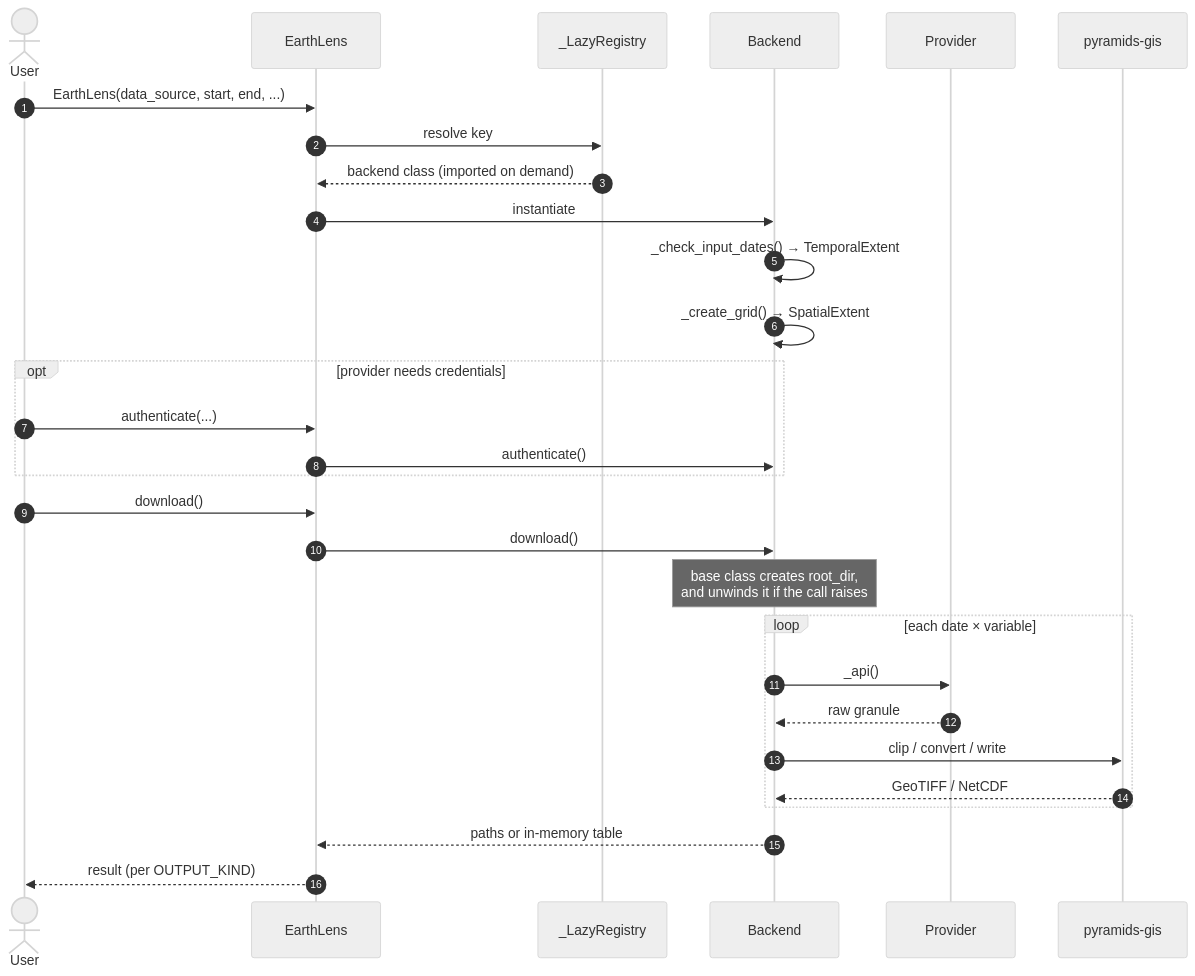
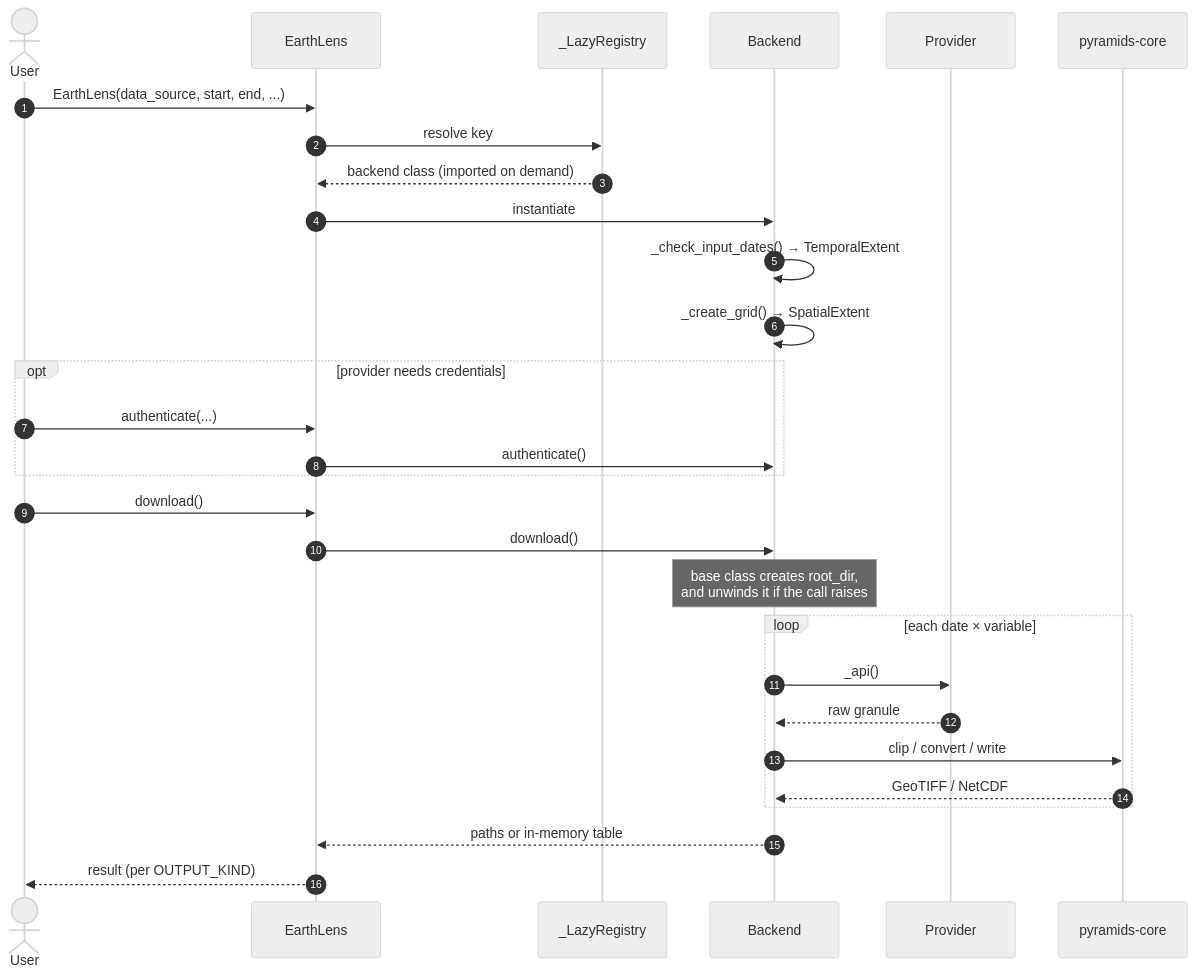
Before and after one commit to serapeum-org/earthlens: the fourth of 5 diagrams in docs/overview/architecture.md, drawn with Mermaid (neutral theme). The commit also changed other lines of this file and 33 other files, not shown here.

````diff
--- a/docs/overview/architecture.md
+++ b/docs/overview/architecture.md
@@ -165,32 +165,32 @@
 ```mermaid
 sequenceDiagram
     autonumber
     actor User
     participant Facade as EarthLens
     participant Registry as _LazyRegistry
     participant DS as Backend
     participant Server as Provider
-    participant Pyramids as pyramids-gis
+    participant Pyramids as pyramids-core
 
     User->>Facade: EarthLens(data_source, start, end, ...)
     Facade->>Registry: resolve key
     Registry-->>Facade: backend class (imported on demand)
     Facade->>DS: instantiate
     DS->>DS: _check_input_dates() → TemporalExtent
     DS->>DS: _create_grid() → SpatialExtent
     opt provider needs credentials
         User->>Facade: authenticate(...)
         Facade->>DS: authenticate()
     end
     User->>Facade: download()
     Facade->>DS: download()
     Note over DS: base class creates root_dir,<br/>and unwinds it if the call raises
     loop each date × variable
         DS->>Server: _api()
         Server-->>DS: raw granule
         DS->>Pyramids: clip / convert / write
         Pyramids-->>DS: GeoTIFF / NetCDF
     end
     DS-->>Facade: paths or in-memory table
     Facade-->>User: result (per OUTPUT_KIND)
 ```
````
